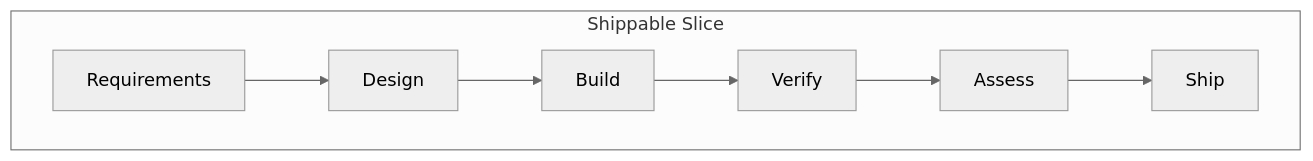
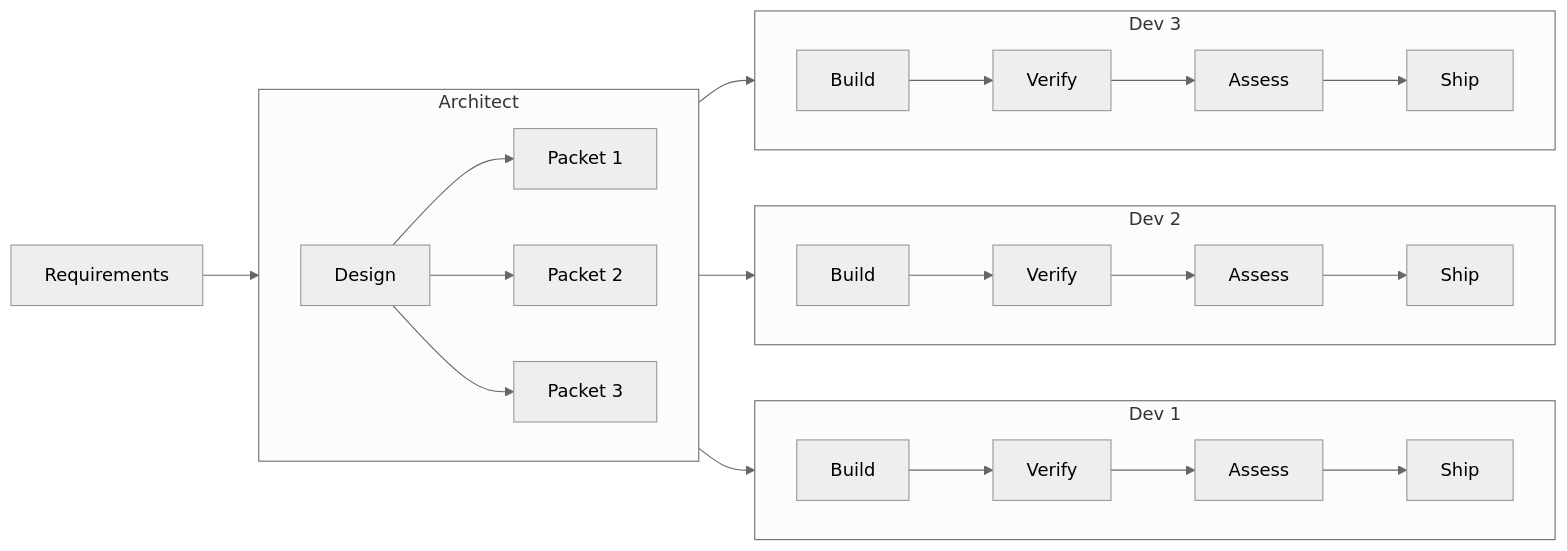
The diagram in docs/playbook/process-overview.md (Prasad-Apparaju/hitl-dev-platform), drawn with Mermaid (neutral theme) before and after one commit. The commit also changed other lines of this file and 5 other files, not shown here.

First line of the commit message:
Document Graphify integration in all user-facing guides

````diff
--- a/docs/playbook/process-overview.md
+++ b/docs/playbook/process-overview.md
@@ -7,11 +7,31 @@
 ```mermaid
 graph LR
-    subgraph Pipeline["Shippable Slice"]
+    REQ["Requirements"]
+
+    subgraph Arch["Architect"]
         direction LR
-        R["Requirements"] --> D["Design"]
-        D --> B["Build"]
-        B --> V["Verify"]
-        V --> A["Assess"]
-        A --> S["Ship"]
+        DES["Design"] --> PKT1["Packet 1"]
+        DES --> PKT2["Packet 2"]
+        DES --> PKT3["Packet 3"]
     end
+
+    subgraph S1["Dev 1"]
+        direction LR
+        B1["Build"] --> V1["Verify"] --> A1["Assess"] --> P1["Ship"]
+    end
+
+    subgraph S2["Dev 2"]
+        direction LR
+        B2["Build"] --> V2["Verify"] --> A2["Assess"] --> P2["Ship"]
+    end
+
+    subgraph S3["Dev 3"]
+        direction LR
+        B3["Build"] --> V3["Verify"] --> A3["Assess"] --> P3["Ship"]
+    end
+
+    REQ --> DES
+    PKT1 --> B1
+    PKT2 --> B2
+    PKT3 --> B3
 ```
````
